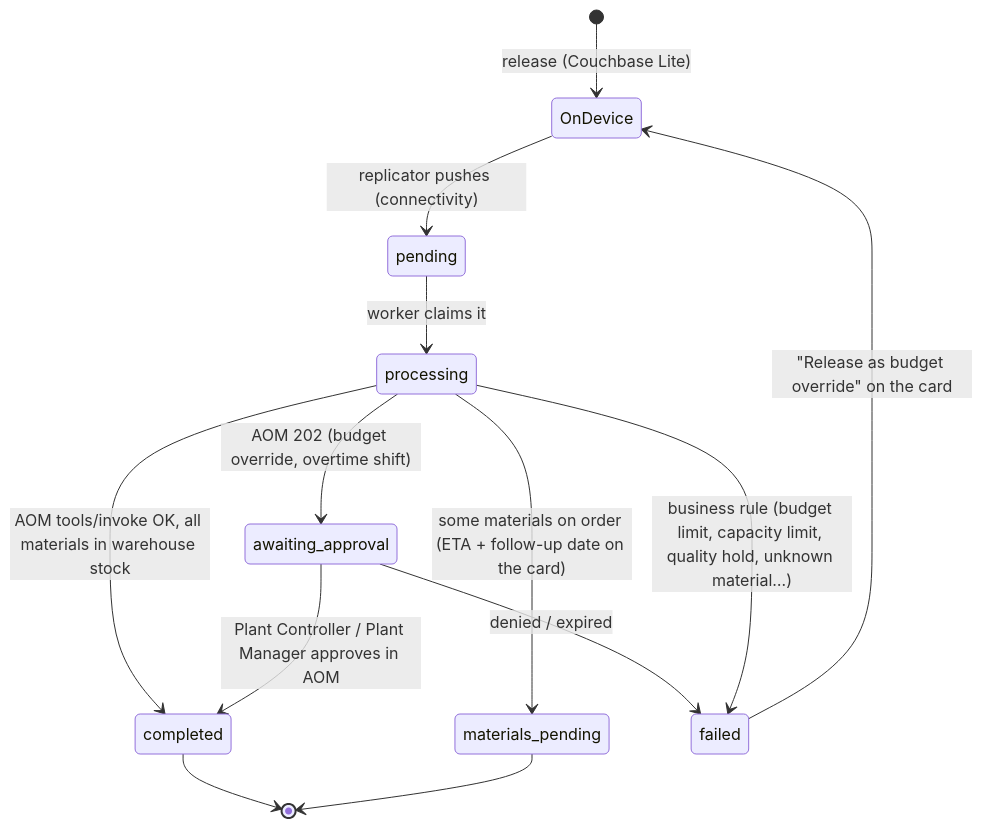
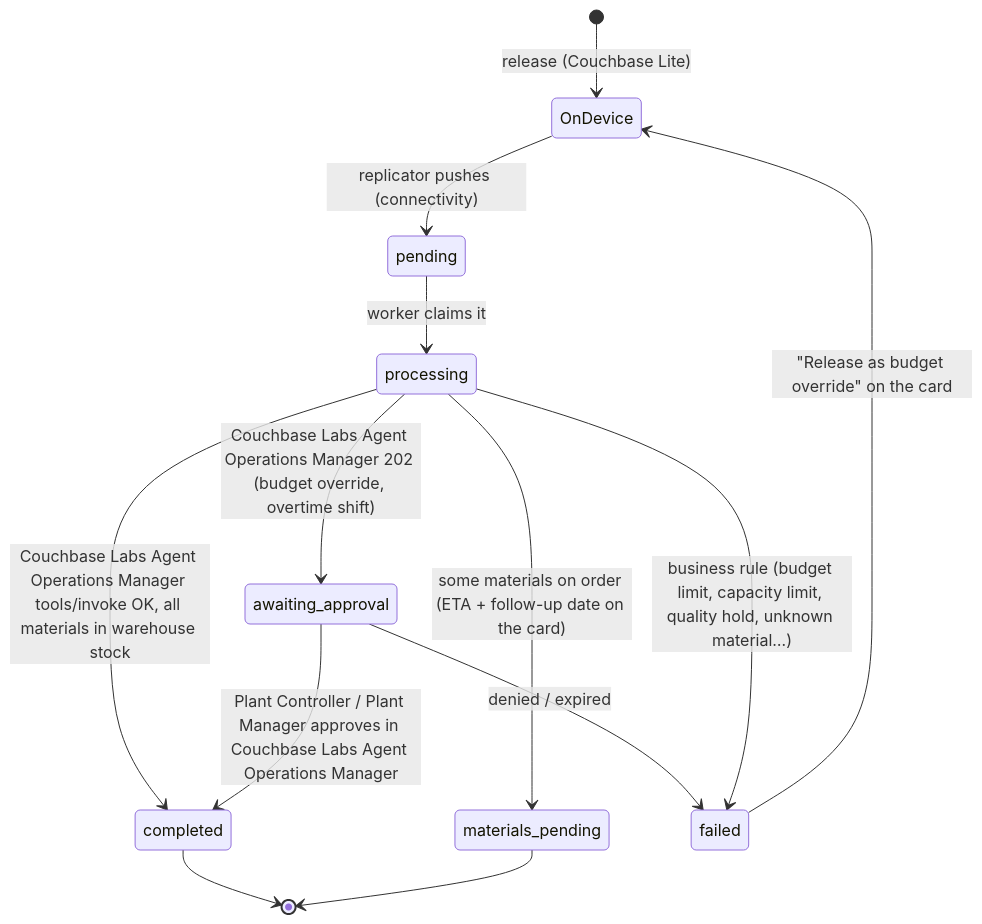
One commit to Couchbase-Field-Engineering/couchbase-manufacturing-mobile-ai-personalization-demo changed the diagram in README.md. Above: the diagram before and after it, drawn with Mermaid. The commit also changed other lines of this file and 11 other files, not shown here.

First line of the commit message:
Use the Couchbase Labs Agent Operations Manager name

````diff
--- a/README.md
+++ b/README.md
@@ -77,15 +77,15 @@
 ```mermaid
 stateDiagram-v2
   [*] --> OnDevice: release (Couchbase Lite)
   OnDevice --> pending: replicator pushes (connectivity)
   pending --> processing: worker claims it
-  processing --> completed: AOM tools/invoke OK, all materials in warehouse stock
+  processing --> completed: Couchbase Labs Agent Operations Manager tools/invoke OK, all materials in warehouse stock
   processing --> materials_pending: some materials on order (ETA + follow-up date on the card)
-  processing --> awaiting_approval: AOM 202 (budget override, overtime shift)
-  awaiting_approval --> completed: Plant Controller / Plant Manager approves in AOM
+  processing --> awaiting_approval: Couchbase Labs Agent Operations Manager 202 (budget override, overtime shift)
+  awaiting_approval --> completed: Plant Controller / Plant Manager approves in Couchbase Labs Agent Operations Manager
   awaiting_approval --> failed: denied / expired
   processing --> failed: business rule (budget limit, capacity limit, quality hold, unknown material…)
   failed --> OnDevice: "Release as budget override" on the card
   completed --> [*]
   materials_pending --> [*]
 ```
````
